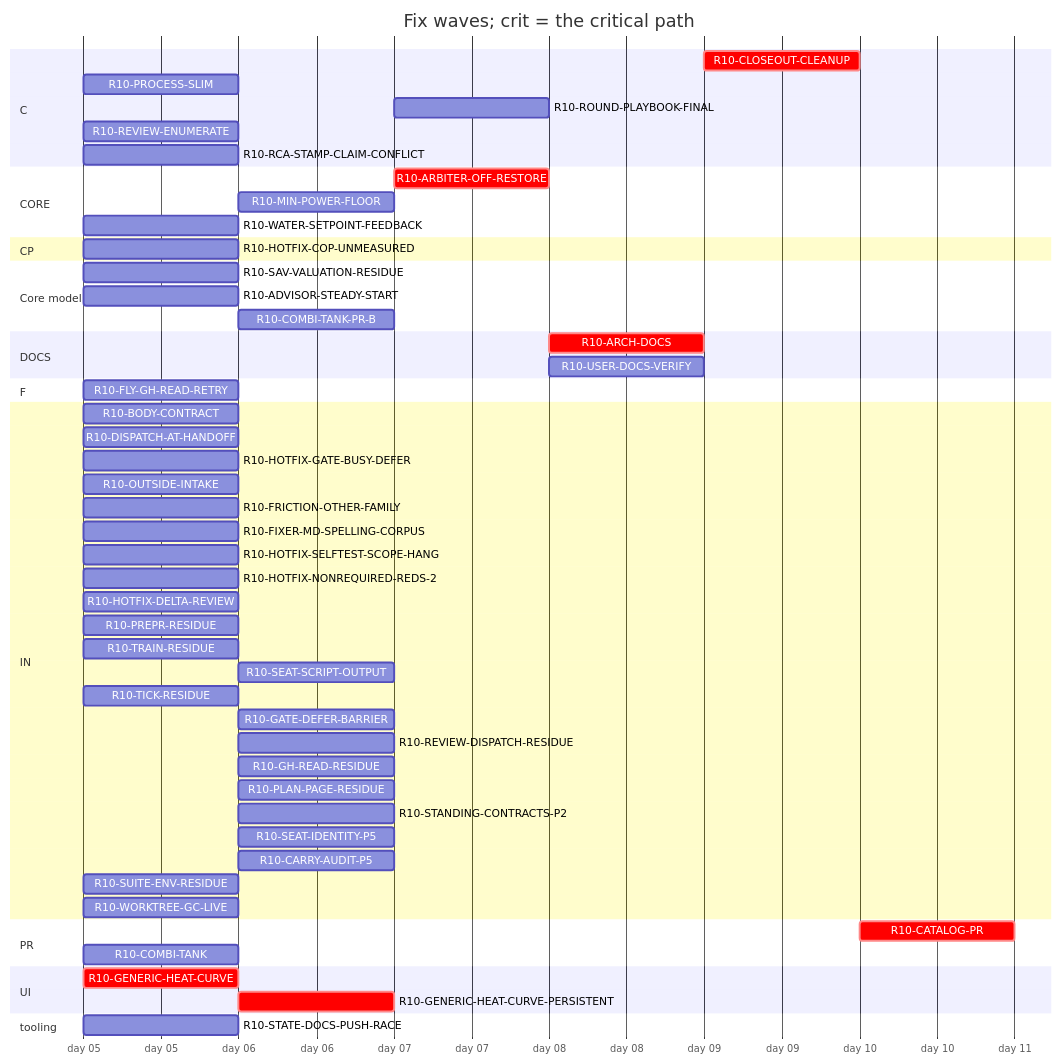
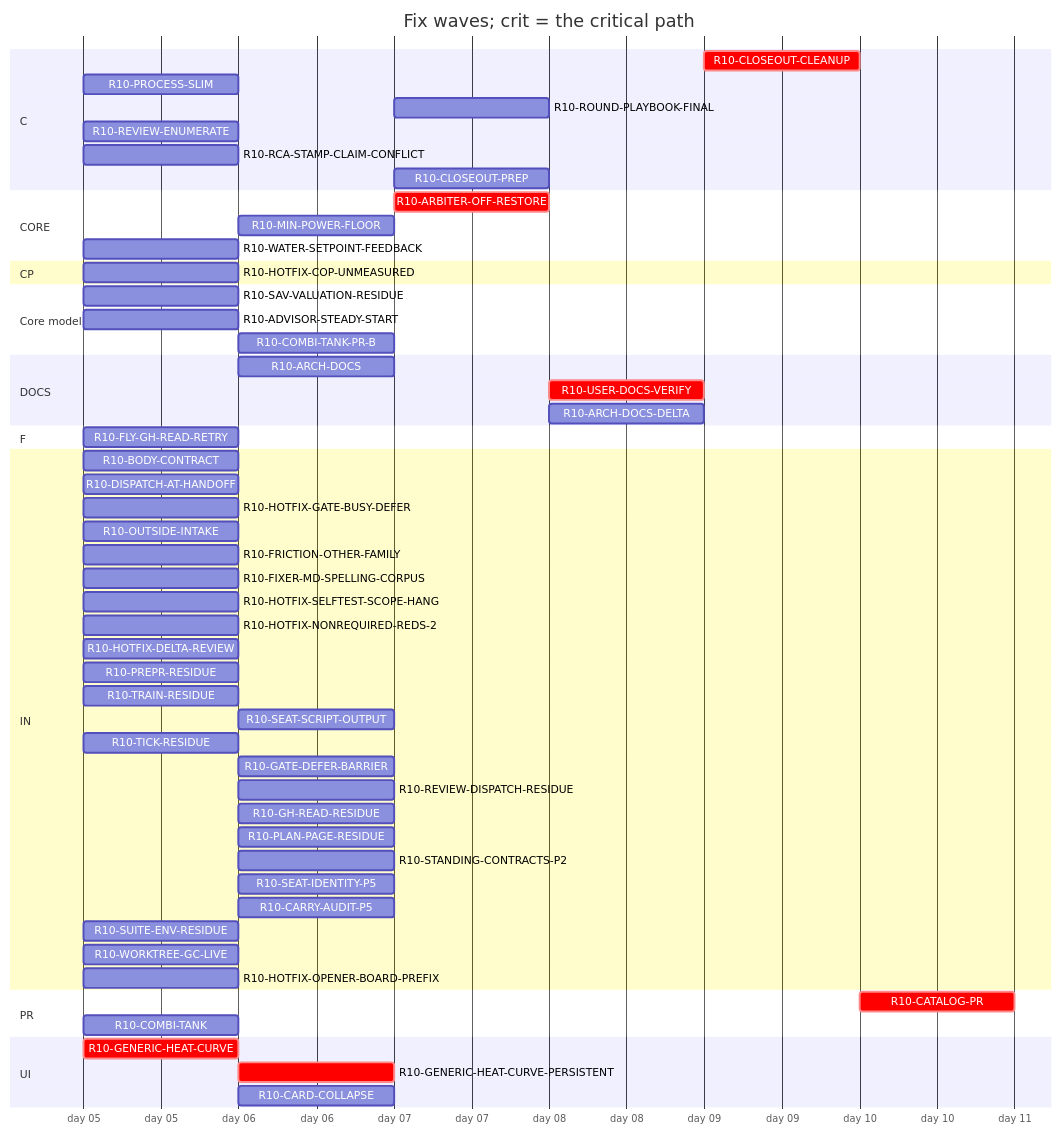
Before and after one commit to tvofi/heatpump_optimizer: the diagram in handoff/round10/state/PLAN-TABLE.md, drawn with Mermaid. The commit also changed other lines of this file and 3 other files, not shown here.

Commit message:
state: FLOW-BOARD.md, NEXT-SESSION-PROMPT.md, PLAN-TABLE.md, RESUME-CURRENT.md regenerated (state_docs.py)

````diff
--- a/handoff/round10/state/PLAN-TABLE.md
+++ b/handoff/round10/state/PLAN-TABLE.md
@@ -23,58 +22,60 @@
 ```mermaid
 gantt
   title Fix waves; crit = the critical path
   dateFormat YYYY-MM-DD
   axisFormat day %d
   section C
-    R10-CLOSEOUT-CLEANUP :crit, r10CLOSEOUTCLEANUP, after r10ARCHDOCS r10USERDOCSVERIFY r10ROUNDPLAYBOOKFINAL r10FRICTIONOTHERFAMILY, 1d
+    R10-CLOSEOUT-CLEANUP :crit, r10CLOSEOUTCLEANUP, after r10ARCHDOCS r10USERDOCSVERIFY r10ROUNDPLAYBOOKFINAL r10FRICTIONOTHERFAMILY r10CLOSEOUTPREP r10ARCHDOCSDELTA, 1d
     R10-PROCESS-SLIM :r10PROCESSSLIM, 2026-01-05, 1d
     R10-ROUND-PLAYBOOK-FINAL :r10ROUNDPLAYBOOKFINAL, after r10DISPATCHATHANDOFF r10BODYCONTRACT r10FLYGHREADRETRY r10PROCESSSLIM r10OUTSIDEINTAKE r10FRICTIONOTHERFAMILY r10FIXERMDSPELLINGCORPUS r10PREPRRESIDUE r10SEATSCRIPTOUTPUT r10REVIEWDISPATCHRESIDUE r10CARRYAUDITP5 r10TICKRESIDUE r10SEATIDENTITYP5 r10STANDINGCONTRACTSP2 r10PLANPAGERESIDUE r10TRAINRESIDUE r10GHREADRESIDUE r10SUITEENVRESIDUE r10GATEDEFERBARRIER r10WORKTREEGCLIVE, 1d
     R10-REVIEW-ENUMERATE :r10REVIEWENUMERATE, 2026-01-05, 1d
     R10-RCA-STAMP-CLAIM-CONFLICT :r10RCASTAMPCLAIMCONFLICT, 2026-01-05, 1d
+    R10-CLOSEOUT-PREP :r10CLOSEOUTPREP, after r10ARCHDOCS r10DISPATCHATHANDOFF r10BODYCONTRACT r10FLYGHREADRETRY r10PROCESSSLIM r10OUTSIDEINTAKE r10FRICTIONOTHERFAMILY r10FIXERMDSPELLINGCORPUS r10PREPRRESIDUE r10SEATSCRIPTOUTPUT r10REVIEWDISPATCHRESIDUE r10CARRYAUDITP5 r10TICKRESIDUE r10SEATIDENTITYP5 r10STANDINGCONTRACTSP2 r10PLANPAGERESIDUE r10TRAINRESIDUE r10GHREADRESIDUE r10SUITEENVRESIDUE r10GATEDEFERBARRIER r10WORKTREEGCLIVE, 1d
   section CORE
     R10-ARBITER-OFF-RESTORE :crit, r10ARBITEROFFRESTORE, after r10GENERICHEATCURVE r10GENERICHEATCURVEPERSISTENT r10WATERSETPOINTFEEDBACK, 1d
     R10-MIN-POWER-FLOOR :r10MINPOWERFLOOR, after r10HOTFIXCOPUNMEASURED r10GENERICHEATCURVE, 1d
     R10-WATER-SETPOINT-FEEDBACK :r10WATERSETPOINTFEEDBACK, 2026-01-05, 1d
   section CP
     R10-HOTFIX-COP-UNMEASURED :r10HOTFIXCOPUNMEASURED, 2026-01-05, 1d
   section Core model
     R10-SAV-VALUATION-RESIDUE :r10SAVVALUATIONRESIDUE, 2026-01-05, 1d
     R10-ADVISOR-STEADY-START :r10ADVISORSTEADYSTART, 2026-01-05, 1d
     R10-COMBI-TANK-PR-B :r10COMBITANKPRB, after r10COMBITANK, 1d
   section DOCS
-    R10-ARCH-DOCS :crit, r10ARCHDOCS, after r10DISPATCHATHANDOFF r10BODYCONTRACT r10FLYGHREADRETRY r10PROCESSSLIM r10HOTFIXCOPUNMEASURED r10GENERICHEATCURVE r10GENERICHEATCURVEPERSISTENT r10ARBITEROFFRESTORE r10OUTSIDEINTAKE r10COMBITANK r10MINPOWERFLOOR r10FRICTIONOTHERFAMILY r10SAVVALUATIONRESIDUE r10ADVISORSTEADYSTART r10COMBITANKPRB, 1d
-    R10-USER-DOCS-VERIFY :r10USERDOCSVERIFY, after r10HOTFIXCOPUNMEASURED r10GENERICHEATCURVE r10GENERICHEATCURVEPERSISTENT r10ARBITEROFFRESTORE r10COMBITANK r10MINPOWERFLOOR, 1d
+    R10-ARCH-DOCS :r10ARCHDOCS, after r10DISPATCHATHANDOFF r10BODYCONTRACT r10FLYGHREADRETRY r10PROCESSSLIM r10OUTSIDEINTAKE r10FRICTIONOTHERFAMILY, 1d
+    R10-USER-DOCS-VERIFY :crit, r10USERDOCSVERIFY, after r10HOTFIXCOPUNMEASURED r10GENERICHEATCURVE r10GENERICHEATCURVEPERSISTENT r10ARBITEROFFRESTORE r10COMBITANK r10MINPOWERFLOOR, 1d
+    R10-ARCH-DOCS-DELTA :r10ARCHDOCSDELTA, after r10ARCHDOCS r10HOTFIXCOPUNMEASURED r10GENERICHEATCURVE r10GENERICHEATCURVEPERSISTENT r10ARBITEROFFRESTORE r10COMBITANK r10MINPOWERFLOOR r10SAVVALUATIONRESIDUE r10ADVISORSTEADYSTART r10COMBITANKPRB, 1d
   section F
     R10-FLY-GH-READ-RETRY :r10FLYGHREADRETRY, 2026-01-05, 1d
   section IN
     R10-BODY-CONTRACT :r10BODYCONTRACT, 2026-01-05, 1d
     R10-DISPATCH-AT-HANDOFF :r10DISPATCHATHANDOFF, 2026-01-05, 1d
     R10-HOTFIX-GATE-BUSY-DEFER :r10HOTFIXGATEBUSYDEFER, 2026-01-05, 1d
     R10-OUTSIDE-INTAKE :r10OUTSIDEINTAKE, 2026-01-05, 1d
     R10-FRICTION-OTHER-FAMILY :r10FRICTIONOTHERFAMILY, 2026-01-05, 1d
     R10-FIXER-MD-SPELLING-CORPUS :r10FIXERMDSPELLINGCORPUS, 2026-01-05, 1d
     R10-HOTFIX-SELFTEST-SCOPE-HANG :r10HOTFIXSELFTESTSCOPEHANG, 2026-01-05, 1d
     R10-HOTFIX-NONREQUIRED-REDS-2 :r10HOTFIXNONREQUIREDREDS2, 2026-01-05, 1d
     R10-HOTFIX-DELTA-REVIEW :r10HOTFIXDELTAREVIEW, 2026-01-05, 1d
     R10-PREPR-RESIDUE :r10PREPRRESIDUE, 2026-01-05, 1d
     R10-TRAIN-RESIDUE :r10TRAINRESIDUE, 2026-01-05, 1d
     R10-SEAT-SCRIPT-OUTPUT :r10SEATSCRIPTOUTPUT, after r10TRAINRESIDUE, 1d
     R10-TICK-RESIDUE :r10TICKRESIDUE, 2026-01-05, 1d
     R10-GATE-DEFER-BARRIER :r10GATEDEFERBARRIER, after r10TRAINRESIDUE r10TICKRESIDUE, 1d
     R10-REVIEW-DISPATCH-RESIDUE :r10REVIEWDISPATCHRESIDUE, after r10DISPATCHATHANDOFF r10REVIEWENUMERATE r10HOTFIXDELTAREVIEW r10PROCESSSLIM, 1d
     R10-GH-READ-RESIDUE :r10GHREADRESIDUE, after r10FLYGHREADRETRY, 1d
     R10-PLAN-PAGE-RESIDUE :r10PLANPAGERESIDUE, after r10OUTSIDEINTAKE, 1d
     R10-STANDING-CONTRACTS-P2 :r10STANDINGCONTRACTSP2, after r10FIXERMDSPELLINGCORPUS, 1d
     R10-SEAT-IDENTITY-P5 :r10SEATIDENTITYP5, after r10TICKRESIDUE, 1d
     R10-CARRY-AUDIT-P5 :r10CARRYAUDITP5, after r10BODYCONTRACT, 1d
     R10-SUITE-ENV-RESIDUE :r10SUITEENVRESIDUE, 2026-01-05, 1d
     R10-WORKTREE-GC-LIVE :r10WORKTREEGCLIVE, 2026-01-05, 1d
+    R10-HOTFIX-OPENER-BOARD-PREFIX :r10HOTFIXOPENERBOARDPREFIX, 2026-01-05, 1d
   section PR
-    R10-CATALOG-PR :crit, r10CATALOGPR, after r10USERDOCSVERIFY r10ARCHDOCS r10ROUNDPLAYBOOKFINAL r10CLOSEOUTCLEANUP, 1d
+    R10-CATALOG-PR :crit, r10CATALOGPR, after r10USERDOCSVERIFY r10ARCHDOCS r10ROUNDPLAYBOOKFINAL r10CLOSEOUTCLEANUP r10CLOSEOUTPREP r10ARCHDOCSDELTA, 1d
     R10-COMBI-TANK :r10COMBITANK, 2026-01-05, 1d
   section UI
     R10-GENERIC-HEAT-CURVE :crit, r10GENERICHEATCURVE, 2026-01-05, 1d
     R10-GENERIC-HEAT-CURVE-PERSISTENT :crit, r10GENERICHEATCURVEPERSISTENT, after r10GENERICHEATCURVE, 1d
-  section tooling
-    R10-STATE-DOCS-PUSH-RACE :r10STATEDOCSPUSHRACE, 2026-01-05, 1d
+    R10-CARD-COLLAPSE :r10CARDCOLLAPSE, after r10HOTFIXCOPUNMEASURED, 1d
 ```
````
